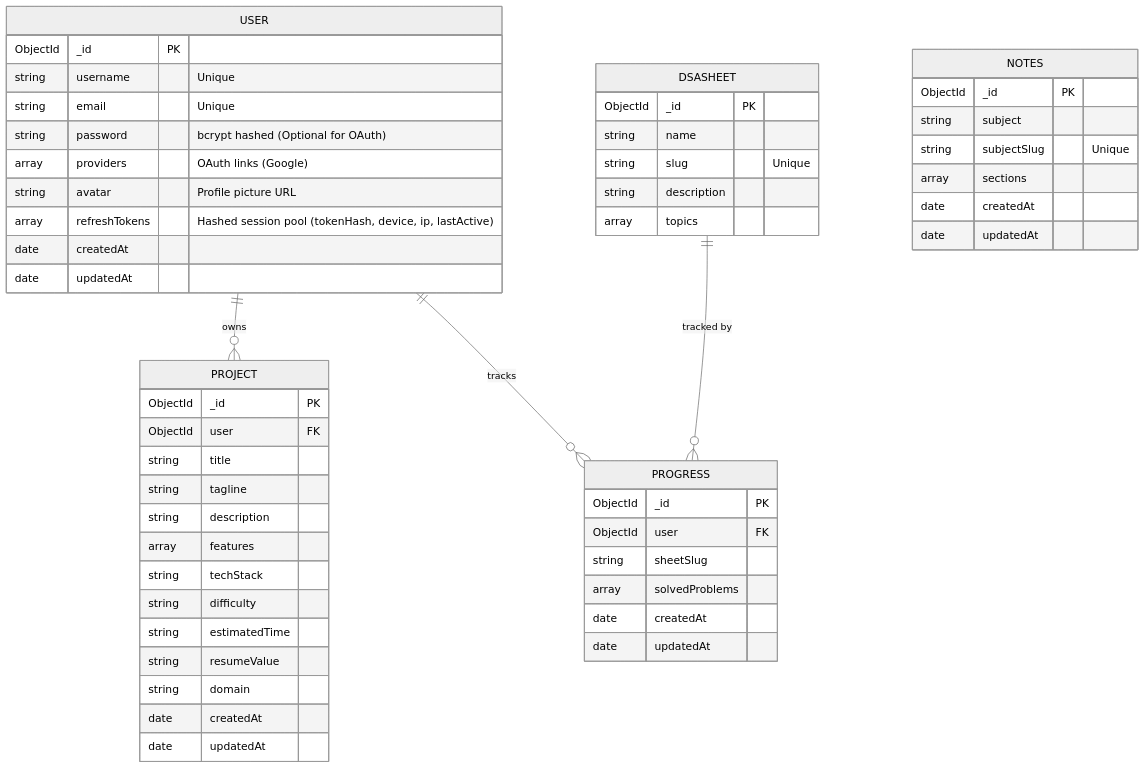
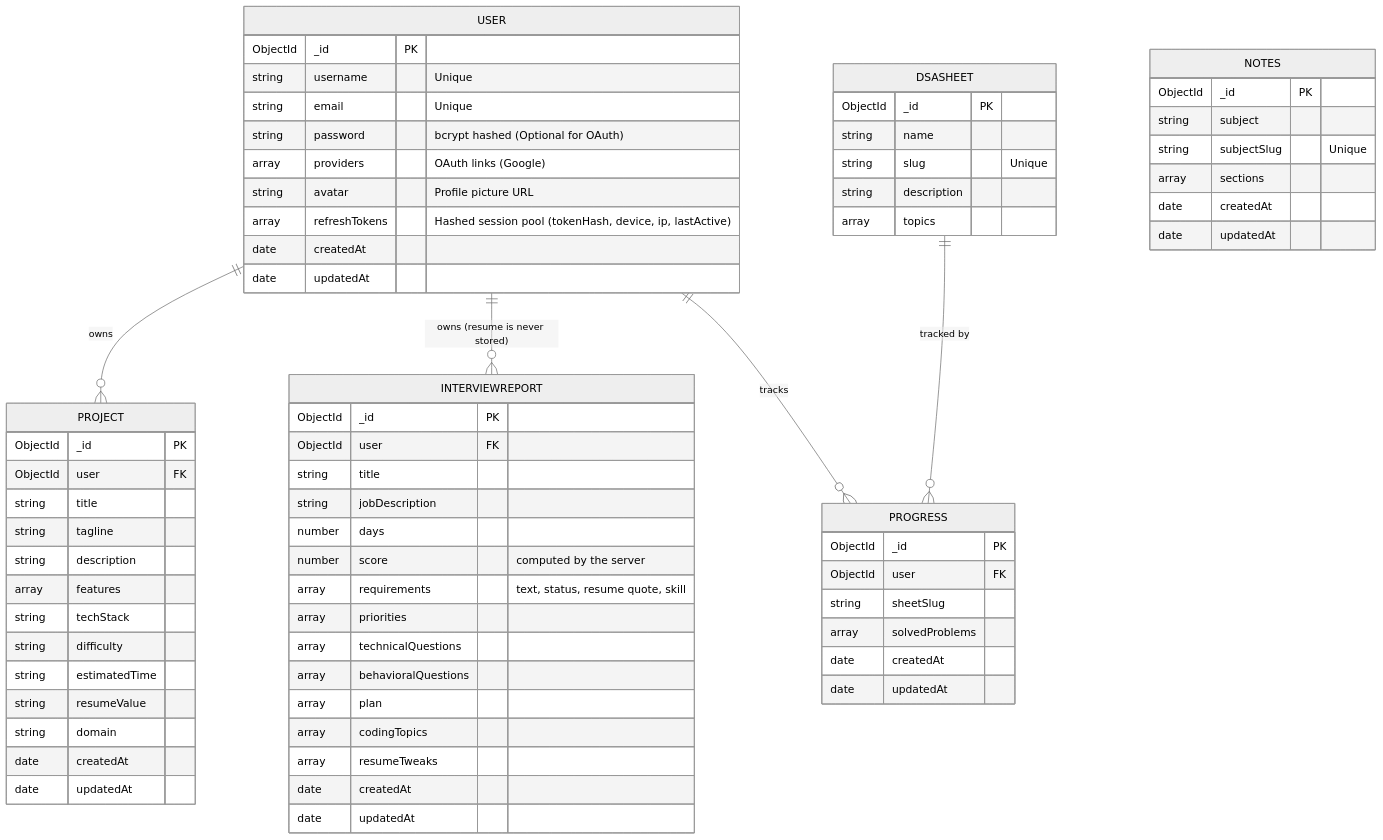
One commit to SahilSameer18/prepstack changed the fourth of 4 diagrams in README.md. Above: the diagram before and after it, drawn with Mermaid (neutral theme). The commit also changed other lines of this file and 3 other files, not shown here.

Commit message:
docs: fix README (license, links, diagrams incl. broken token-refresh diagram, ERD, file tree, honest claims), add Testing and Known Limitations, move extra highlights to docs/ENGINEERING.md

````diff
--- a/README.md
+++ b/README.md
@@ -319,60 +331,79 @@
 ```mermaid
 erDiagram
     USER {
         ObjectId _id PK
         string username "Unique"
         string email "Unique"
         string password "bcrypt hashed (Optional for OAuth)"
         array providers "OAuth links (Google)"
         string avatar "Profile picture URL"
         array refreshTokens "Hashed session pool (tokenHash, device, ip, lastActive)"
         date createdAt
         date updatedAt
     }
 
     PROJECT {
         ObjectId _id PK
         ObjectId user FK
         string title
         string tagline
         string description
         array features
         string techStack
         string difficulty
         string estimatedTime
         string resumeValue
         string domain
         date createdAt
         date updatedAt
     }
 
     DSASHEET {
         ObjectId _id PK
         string name
         string slug "Unique"
         string description
         array topics
     }
 
     PROGRESS {
         ObjectId _id PK
         ObjectId user FK
         string sheetSlug
         array solvedProblems
         date createdAt
         date updatedAt
     }
 
     NOTES {
         ObjectId _id PK
         string subject
         string subjectSlug "Unique"
         array sections
         date createdAt
         date updatedAt
     }
 
+    INTERVIEWREPORT {
+        ObjectId _id PK
+        ObjectId user FK
+        string title
+        string jobDescription
+        number days
+        number score "computed by the server"
+        array requirements "text, status, resume quote, skill"
+        array priorities
+        array technicalQuestions
+        array behavioralQuestions
+        array plan
+        array codingTopics
+        array resumeTweaks
+        date createdAt
+        date updatedAt
+    }
+
     USER ||--o{ PROJECT : "owns"
+    USER ||--o{ INTERVIEWREPORT : "owns (resume is never stored)"
     USER ||--o{ PROGRESS : "tracks"
     DSASHEET ||--o{ PROGRESS : "tracked by"
 ```
````
